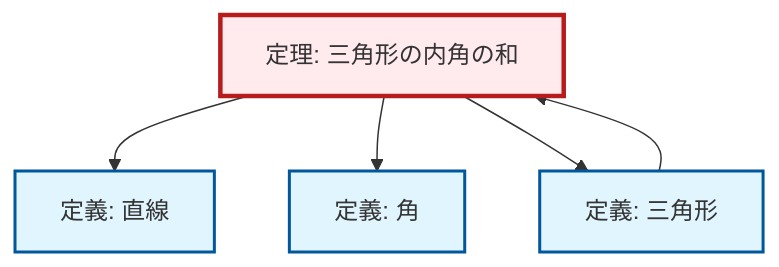
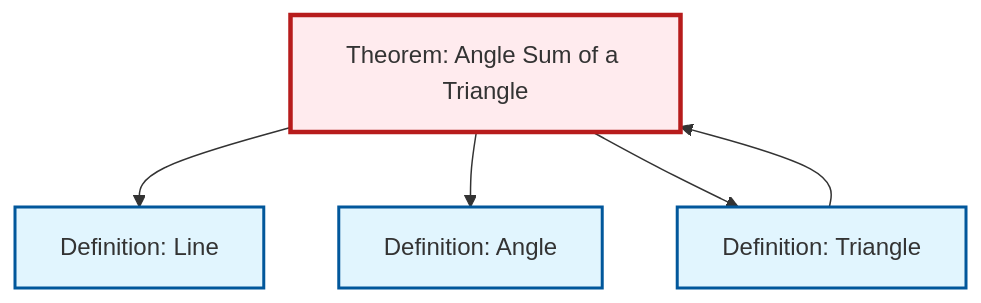
The diagram in content/ja/geometry/thm-angle-sum-triangle.qmd (RK0429/ModernMath), drawn with Mermaid before and after one commit. The commit also changed 203 other files, not shown here.

````diff
--- a/content/ja/geometry/thm-angle-sum-triangle.qmd
+++ b/content/ja/geometry/thm-angle-sum-triangle.qmd
@@ -58,22 +58,18 @@
 ```{mermaid}
-%%| fig-cap: "局所依存関係グラフ"
+%%| fig-cap: "Local dependency graph"
 graph TD
     classDef definition fill:#e1f5fe,stroke:#01579b,stroke-width:2px
     classDef theorem fill:#f3e5f5,stroke:#4a148c,stroke-width:2px
     classDef axiom fill:#fff3e0,stroke:#e65100,stroke-width:2px
     classDef example fill:#e8f5e9,stroke:#1b5e20,stroke-width:2px
     classDef current fill:#ffebee,stroke:#b71c1c,stroke-width:3px
-    thm-angle-sum-triangle["定理: 三角形の内角の和"]:::theorem
-    def-angle["定義: 角"]:::definition
-    def-triangle["定義: 三角形"]:::definition
-    def-line["定義: 直線"]:::definition
+    thm-angle-sum-triangle["Theorem: Angle Sum of a Triangle"]:::theorem
+    def-angle["Definition: Angle"]:::definition
+    def-triangle["Definition: Triangle"]:::definition
+    def-line["Definition: Line"]:::definition
     thm-angle-sum-triangle --> def-line
     thm-angle-sum-triangle --> def-angle
     thm-angle-sum-triangle --> def-triangle
     def-triangle --> thm-angle-sum-triangle
     class thm-angle-sum-triangle current
-
-    click def-angle "def-angle.html" "Go to 定義: 角"
-    click def-triangle "def-triangle.html" "Go to 定義: 三角形"
-    click def-line "def-line.html" "Go to 定義: 直線"
 ```
````
